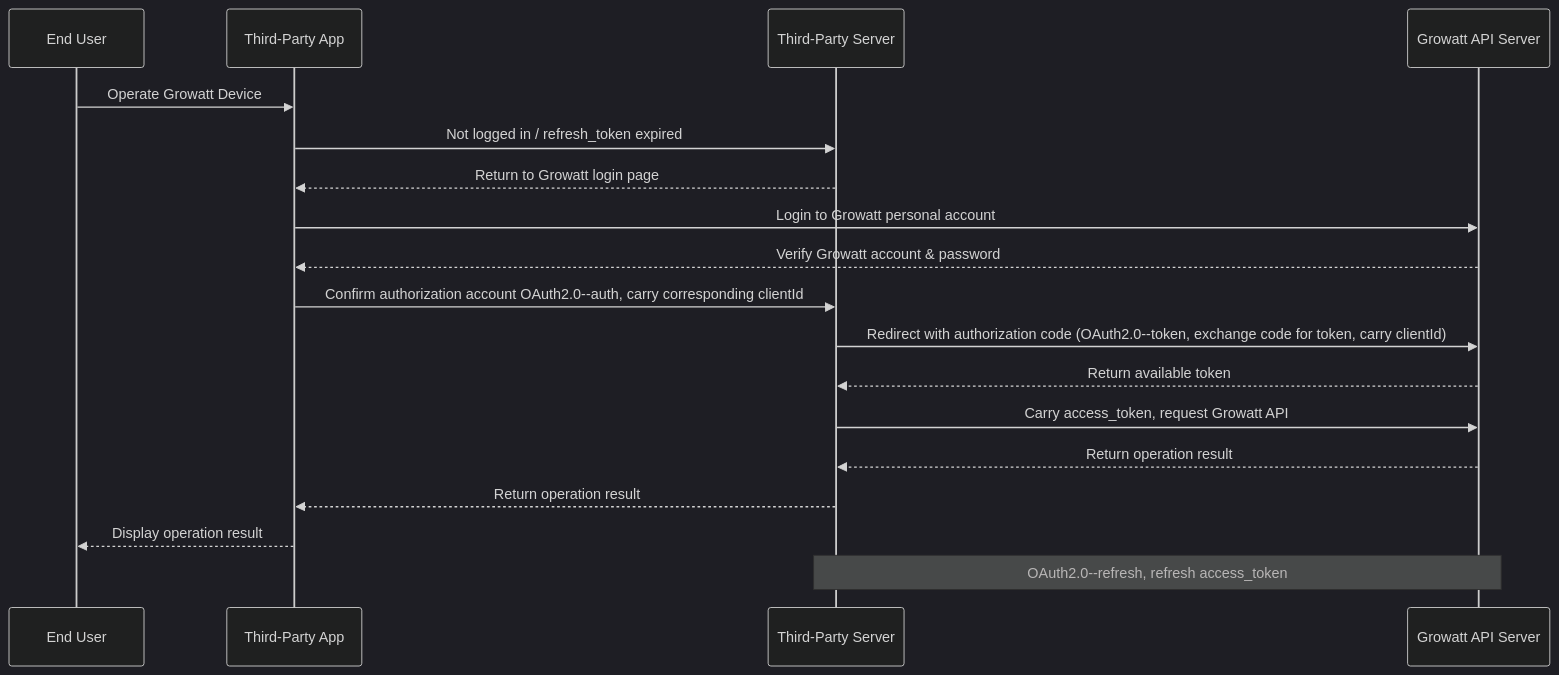
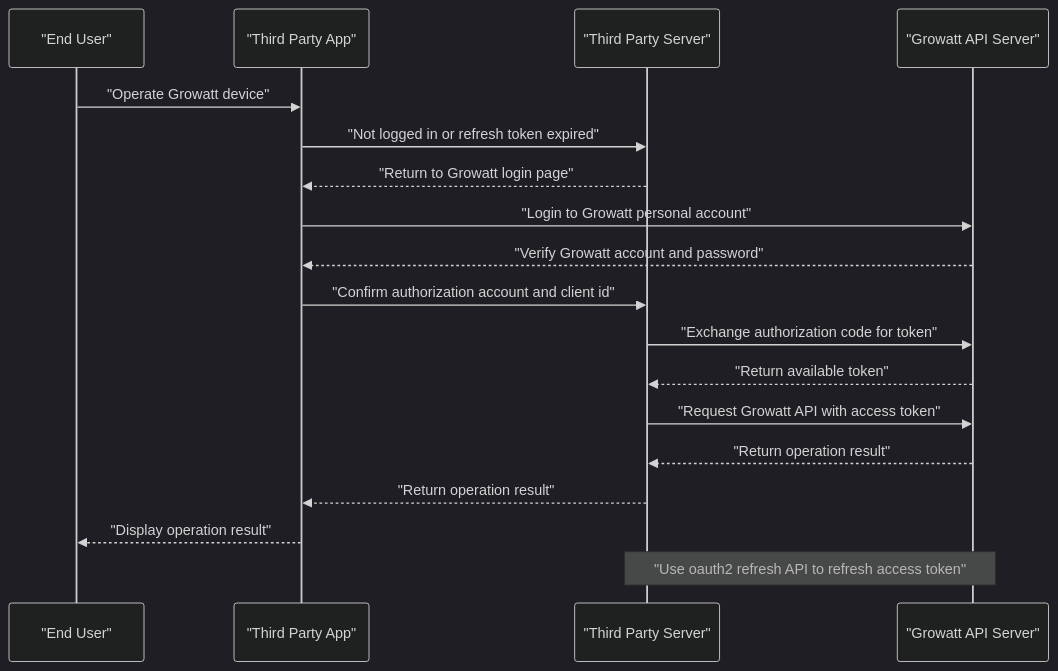
Before and after one commit to EugeneJian/growatt-unified-api: the diagram in Growatt API/Growatt Unified API.md, drawn with Mermaid (dark theme). The commit also changed 12 other files, not shown here.

First line of the commit message:
[docs]已按你给的 Mermaid代码的终极准则 4.1 对仓库内 全部 Mermaid 做了加固。

````diff
--- a/Growatt API/Growatt Unified API.md
+++ b/Growatt API/Growatt Unified API.md
@@ -68,22 +68,23 @@
 ```mermaid
+%% 本代码严格遵循AI生成Mermaid代码的终极准则v4.1（Mermaid终极大师）
 sequenceDiagram
-    participant User as End User
-    participant App as Third-Party App
-    participant Server as Third-Party Server
-    participant Growatt as Growatt API Server
+    participant User as "End User"
+    participant App as "Third Party App"
+    participant Server as "Third Party Server"
+    participant Growatt as "Growatt API Server"
 
-    User->>App: Operate Growatt Device
-    App->>Server: Not logged in / refresh_token expired
-    Server-->>App: Return to Growatt login page
-    App->>Growatt: Login to Growatt personal account
-    Growatt-->>App: Verify Growatt account & password
-    App->>Server: Confirm authorization account OAuth2.0--auth, carry corresponding clientId
-    Server->>Growatt: Redirect with authorization code (OAuth2.0--token, exchange code for token, carry clientId)
-    Growatt-->>Server: Return available token
-    Server->>Growatt: Carry access_token, request Growatt API
-    Growatt-->>Server: Return operation result
-    Server-->>App: Return operation result
-    App-->>User: Display operation result
-    
-    Note over Server, Growatt: OAuth2.0--refresh, refresh access_token
+    User->>App: "Operate Growatt device"
+    App->>Server: "Not logged in or refresh token expired"
+    Server-->>App: "Return to Growatt login page"
+    App->>Growatt: "Login to Growatt personal account"
+    Growatt-->>App: "Verify Growatt account and password"
+    App->>Server: "Confirm authorization account and client id"
+    Server->>Growatt: "Exchange authorization code for token"
+    Growatt-->>Server: "Return available token"
+    Server->>Growatt: "Request Growatt API with access token"
+    Growatt-->>Server: "Return operation result"
+    Server-->>App: "Return operation result"
+    App-->>User: "Display operation result"
+
+    Note over Server,Growatt: "Use oauth2 refresh API to refresh access token"
 ```
````
